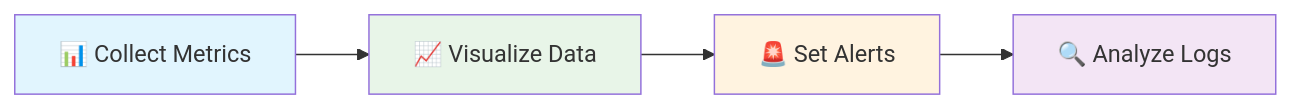
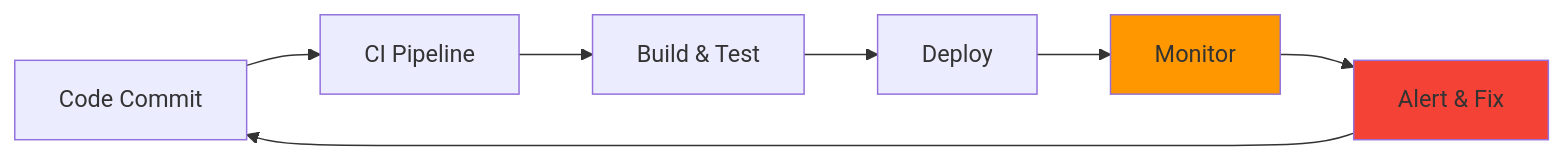
The first of 2 diagrams in Section-2-DevOps/Session-10_Monitoring-Tools/README.md (manikcloud/cloud-devops-learning-path), drawn with Mermaid before and after one commit. The commit also changed other lines of this file, not shown here.

````diff
--- a/Section-2-DevOps/Session-10_Monitoring-Tools/README.md
+++ b/Section-2-DevOps/Session-10_Monitoring-Tools/README.md
@@ -15,10 +21,12 @@
 ```mermaid
 graph LR
-    A[📊 Collect Metrics] --> B[📈 Visualize Data]
-    B --> C[🚨 Set Alerts] --> D[🔍 Analyze Logs]
+    A[Code Commit] --> B[CI Pipeline]
+    B --> C[Build & Test]
+    C --> D[Deploy]
+    D --> E[Monitor]
+    E --> F[Alert & Fix]
+    F --> A
     
-    style A fill:#e1f5fe
-    style B fill:#e8f5e8
-    style C fill:#fff3e0
-    style D fill:#f3e5f5
+    style E fill:#ff9800
+    style F fill:#f44336
 ```
````
